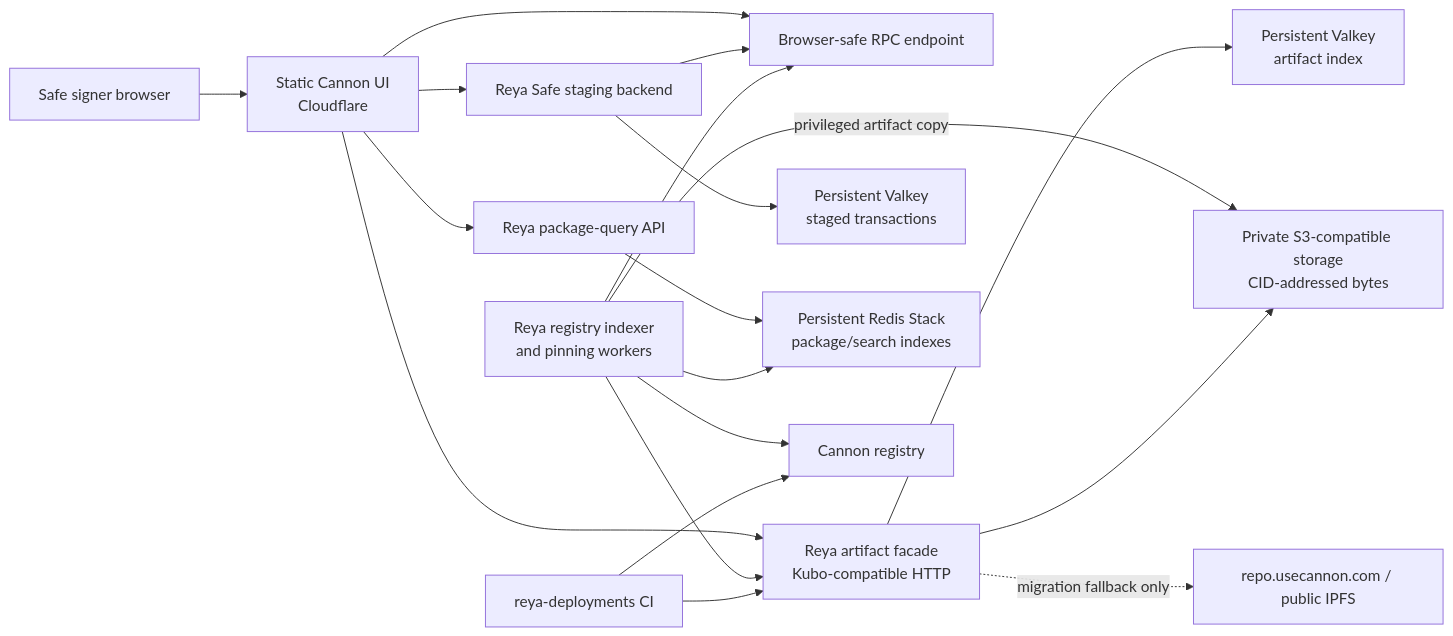
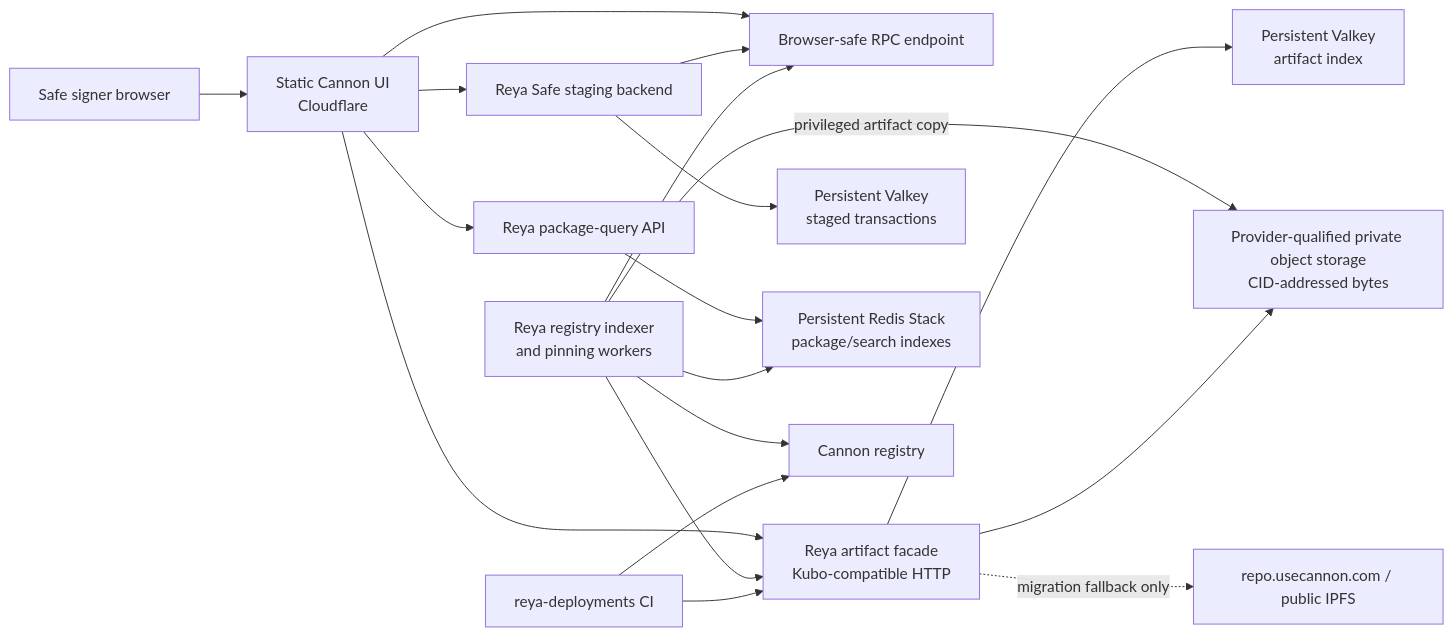
Before and after one commit to Reya-Labs/cannon: the diagram in docs/reya-self-host-compatibility.md, drawn with Mermaid. The commit also changed other lines of this file, not shown here.

Commit message:
docs: tighten self-host storage contracts

````diff
--- a/docs/reya-self-host-compatibility.md
+++ b/docs/reya-self-host-compatibility.md
@@ -39,21 +39,21 @@
 ```mermaid
 flowchart LR
   signer["Safe signer browser"] --> ui["Static Cannon UI<br/>Cloudflare"]
   ui --> rpc["Browser-safe RPC endpoint"]
   ui --> stage["Reya Safe staging backend"]
   ui --> packageApi["Reya package-query API"]
   ui --> repo["Reya artifact facade<br/>Kubo-compatible HTTP"]
   stage --> stageRedis["Persistent Valkey<br/>staged transactions"]
   stage --> rpc
   packageApi --> packageRedis["Persistent Redis Stack<br/>package/search indexes"]
   indexer["Reya registry indexer<br/>and pinning workers"] --> packageRedis
   indexer --> registry["Cannon registry"]
   indexer --> rpc
   indexer --> repo
   indexer -->|"privileged artifact copy"| s3
   repo --> artifactRedis["Persistent Valkey<br/>artifact index"]
-  repo --> s3["Private S3-compatible storage<br/>CID-addressed bytes"]
+  repo --> s3["Provider-qualified private object storage<br/>CID-addressed bytes"]
   repo -. "migration fallback only" .-> cannon["repo.usecannon.com / public IPFS"]
   ci["reya-deployments CI"] --> repo
   ci --> registry
 ```
````
